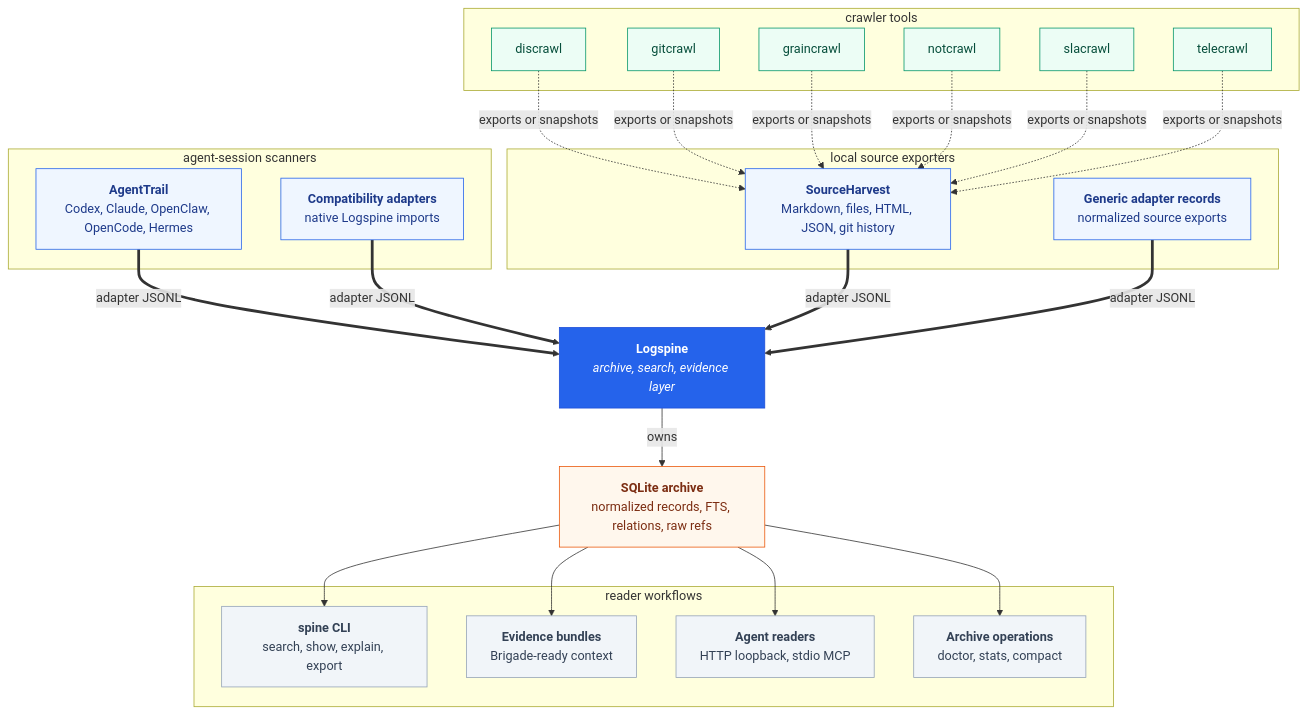
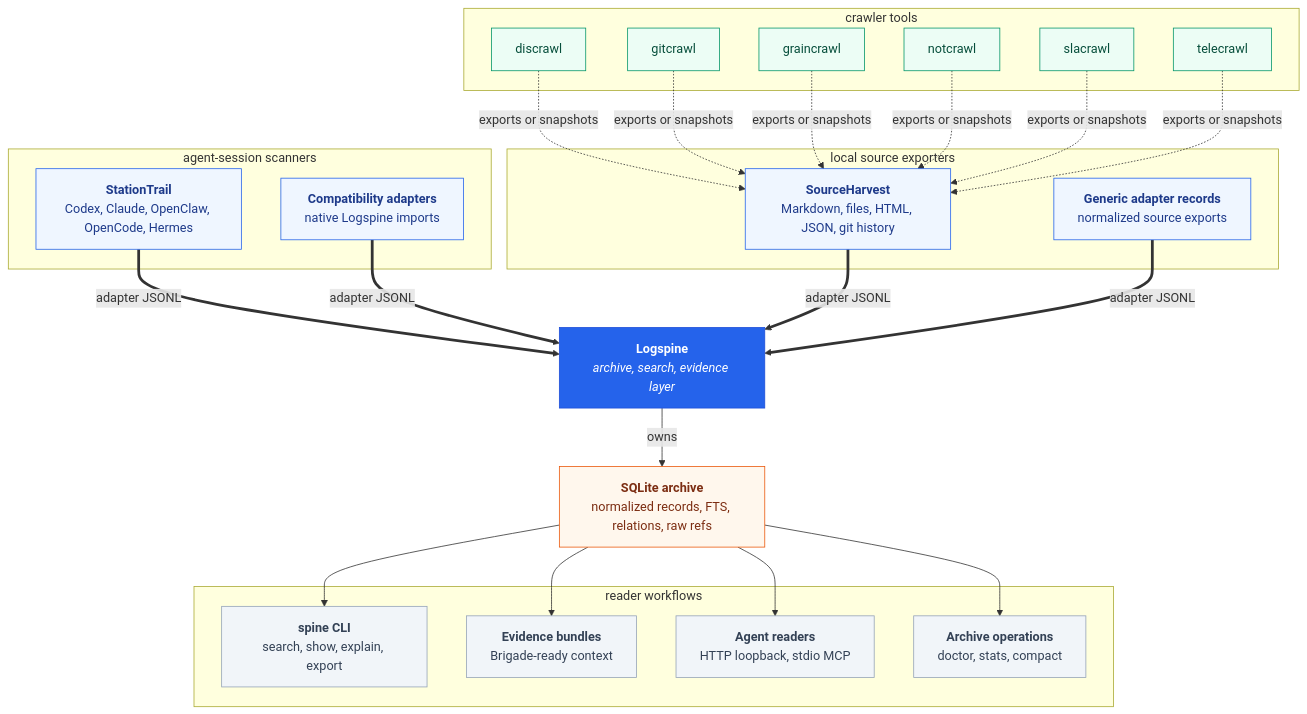
Before and after one commit to escoffier-labs/brigade: the second of 2 diagrams in engines/evidence-ledger/README.md, drawn with Mermaid. The commit also changed other lines of this file and 27 other files, not shown here.

Commit message:
chore: switch logspine to stationtrail

````diff
--- a/engines/evidence-ledger/README.md
+++ b/engines/evidence-ledger/README.md
@@ -85,52 +85,52 @@
 ```mermaid
 flowchart TB
     LOGSPINE["<b>Logspine</b><br/><i>archive, search, evidence layer</i>"]
     SQLITE["<b>SQLite archive</b><br/>normalized records, FTS, relations, raw refs"]
     LOGSPINE -->|owns| SQLITE
 
     subgraph AGENTS [" agent-session scanners "]
-        AGENTTRAIL["<b>AgentTrail</b><br/>Codex, Claude, OpenClaw, OpenCode, Hermes"]
+        STATIONTRAIL["<b>StationTrail</b><br/>Codex, Claude, OpenClaw, OpenCode, Hermes"]
         COMPAT["<b>Compatibility adapters</b><br/>native Logspine imports"]
     end
 
     subgraph LOCAL [" local source exporters "]
         SOURCEHARVEST["<b>SourceHarvest</b><br/>Markdown, files, HTML, JSON, git history"]
         GENERIC["<b>Generic adapter records</b><br/>normalized source exports"]
     end
 
     subgraph CRAWLERS [" crawler tools "]
         DISCRAWL["discrawl"]
         GITCRAWL["gitcrawl"]
         GRAINCRAWL["graincrawl"]
         NOTCRAWL["notcrawl"]
         SLACRAWL["slacrawl"]
         TELECRAWL["telecrawl"]
     end
 
-    AGENTTRAIL & COMPAT == adapter JSONL ==> LOGSPINE
+    STATIONTRAIL & COMPAT == adapter JSONL ==> LOGSPINE
     SOURCEHARVEST & GENERIC == adapter JSONL ==> LOGSPINE
     DISCRAWL & GITCRAWL & GRAINCRAWL & NOTCRAWL & SLACRAWL & TELECRAWL -. exports or snapshots .-> SOURCEHARVEST
 
     subgraph READERS [" reader workflows "]
         CLI["<b>spine CLI</b><br/>search, show, explain, export"]
         EVIDENCE["<b>Evidence bundles</b><br/>Brigade-ready context"]
         MCP["<b>Agent readers</b><br/>HTTP loopback, stdio MCP"]
         OPS["<b>Archive operations</b><br/>doctor, stats, compact"]
     end
 
     SQLITE --> CLI
     SQLITE --> EVIDENCE
     SQLITE --> MCP
     SQLITE --> OPS
 
     classDef core fill:#2563eb,stroke:#1d4ed8,color:#fff;
     classDef archive fill:#fff7ed,stroke:#ea580c,color:#7c2d12;
     classDef source fill:#eff6ff,stroke:#2563eb,color:#1e3a8a;
     classDef crawler fill:#ecfdf5,stroke:#059669,color:#064e3b;
     classDef reader fill:#f1f5f9,stroke:#94a3b8,color:#334155;
     class LOGSPINE core;
     class SQLITE archive;
-    class AGENTTRAIL,COMPAT,SOURCEHARVEST,GENERIC source;
+    class STATIONTRAIL,COMPAT,SOURCEHARVEST,GENERIC source;
     class DISCRAWL,GITCRAWL,GRAINCRAWL,NOTCRAWL,SLACRAWL,TELECRAWL crawler;
     class CLI,EVIDENCE,MCP,OPS reader;
 ```
````
